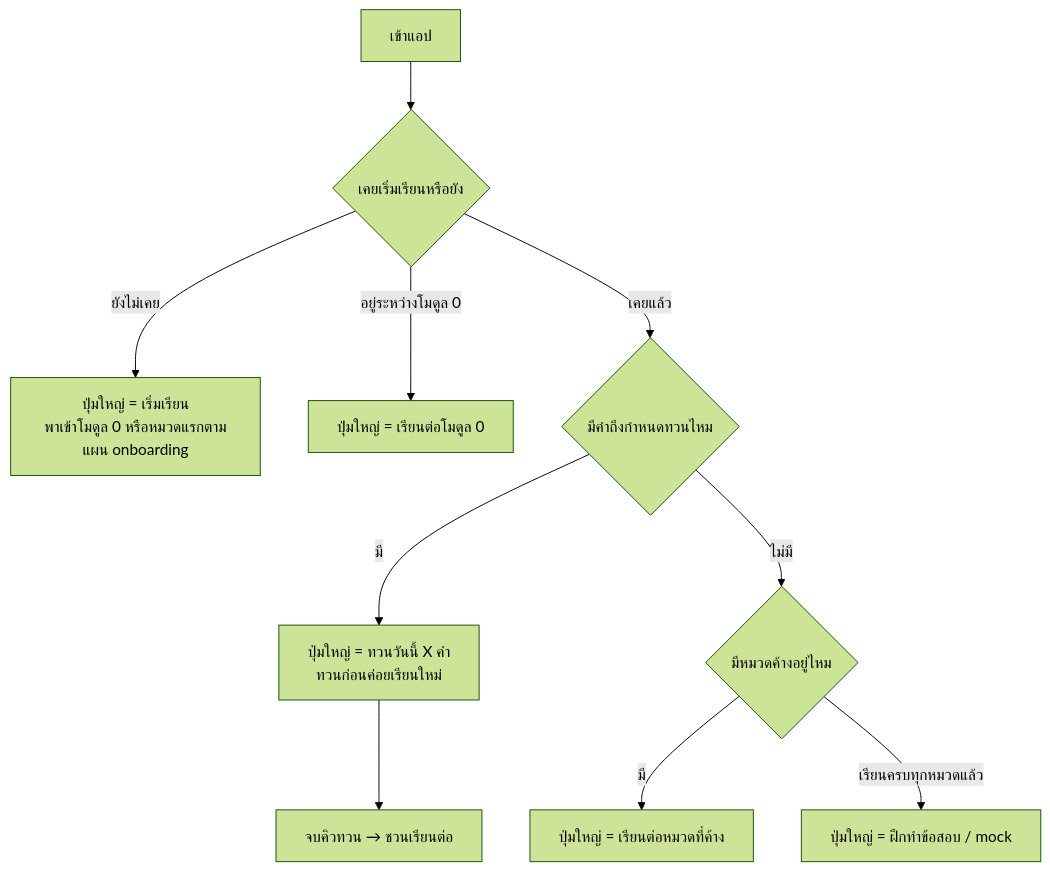
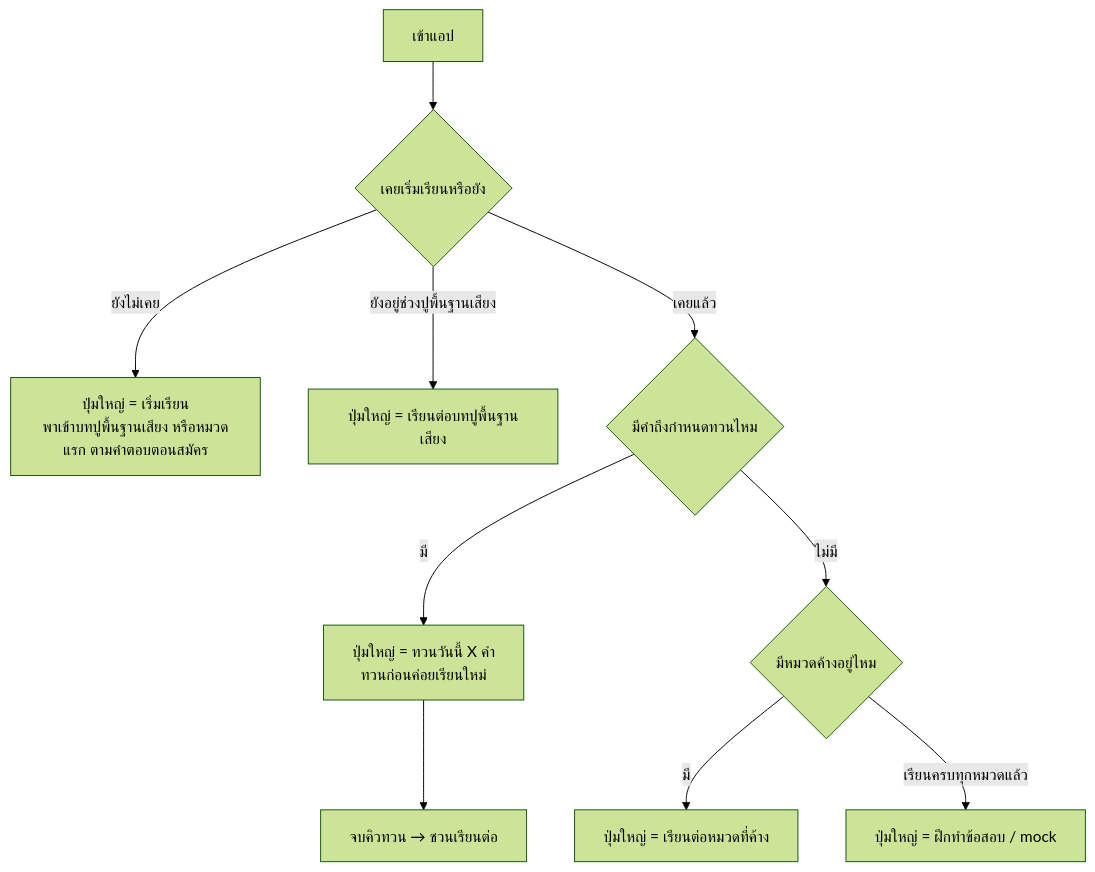
Before and after one commit to barbon441/Intelligent-Chinese-Tutoring-System-for-Thai-Learners: the second of 6 diagrams in docs/08_สเปค-พัฒนา/โฟลว์ผู้ใช้-สิทธิ์แอดมิน.md, drawn with Mermaid (forest theme). The commit also changed other lines of this file, not shown here.

Commit message:
Flow doc: 'โมดูล 0' -> 'บทปูพื้นฐานเสียง' in diagrams and notes (Ball: plain words, matches web UI wording)

````diff
--- a/docs/08_สเปค-พัฒนา/โฟลว์ผู้ใช้-สิทธิ์แอดมิน.md
+++ b/docs/08_สเปค-พัฒนา/โฟลว์ผู้ใช้-สิทธิ์แอดมิน.md
@@ -67,12 +67,12 @@
 ```mermaid
 flowchart TD
     A[เข้าแอป] --> A2{เคยเริ่มเรียนหรือยัง}
-    A2 -- ยังไม่เคย --> A3[ปุ่มใหญ่ = เริ่มเรียน<br/>พาเข้าโมดูล 0 หรือหมวดแรกตามแผน onboarding]
-    A2 -- อยู่ระหว่างโมดูล 0 --> A4[ปุ่มใหญ่ = เรียนต่อโมดูล 0]
+    A2 -- ยังไม่เคย --> A3[ปุ่มใหญ่ = เริ่มเรียน<br/>พาเข้าบทปูพื้นฐานเสียง หรือหมวดแรก ตามคำตอบตอนสมัคร]
+    A2 -- ยังอยู่ช่วงปูพื้นฐานเสียง --> A4[ปุ่มใหญ่ = เรียนต่อบทปูพื้นฐานเสียง]
     A2 -- เคยแล้ว --> B{มีคำถึงกำหนดทวนไหม}
     B -- มี --> C[ปุ่มใหญ่ = ทวนวันนี้ X คำ<br/>ทวนก่อนค่อยเรียนใหม่]
     B -- ไม่มี --> D{มีหมวดค้างอยู่ไหม}
     D -- มี --> E[ปุ่มใหญ่ = เรียนต่อหมวดที่ค้าง]
     D -- เรียนครบทุกหมวดแล้ว --> F[ปุ่มใหญ่ = ฝึกทำข้อสอบ / mock]
     C --> G[จบคิวทวน → ชวนเรียนต่อ]
 ```
````
